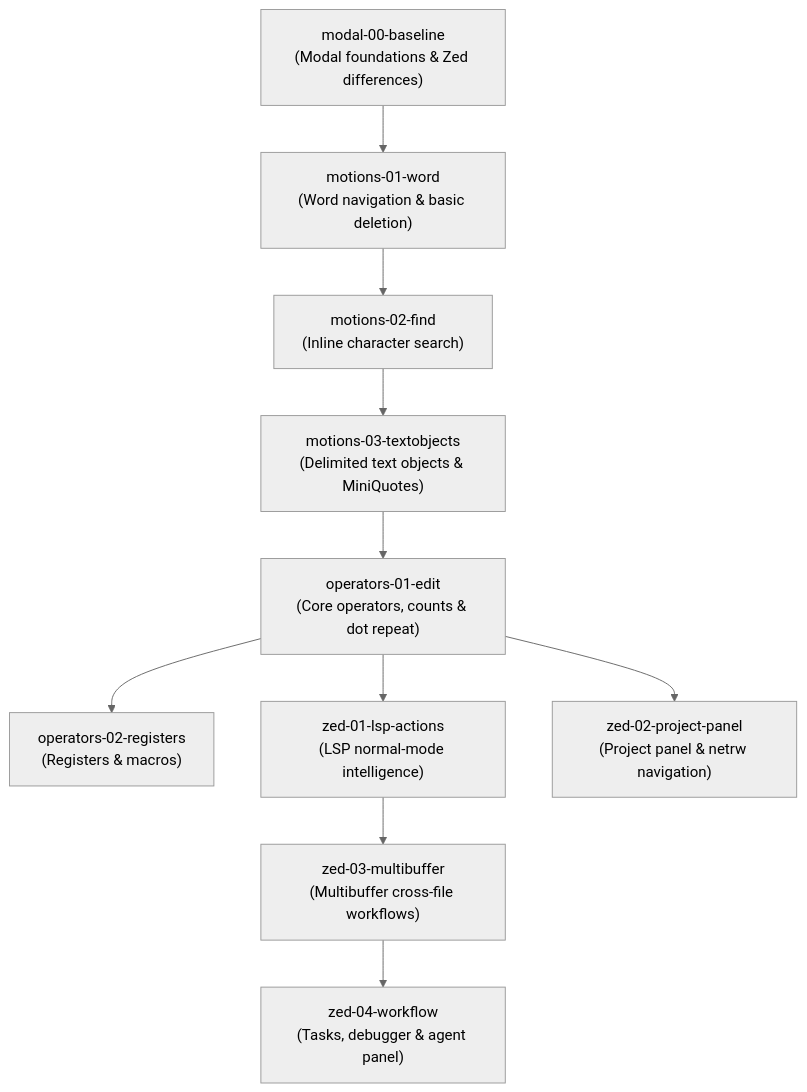
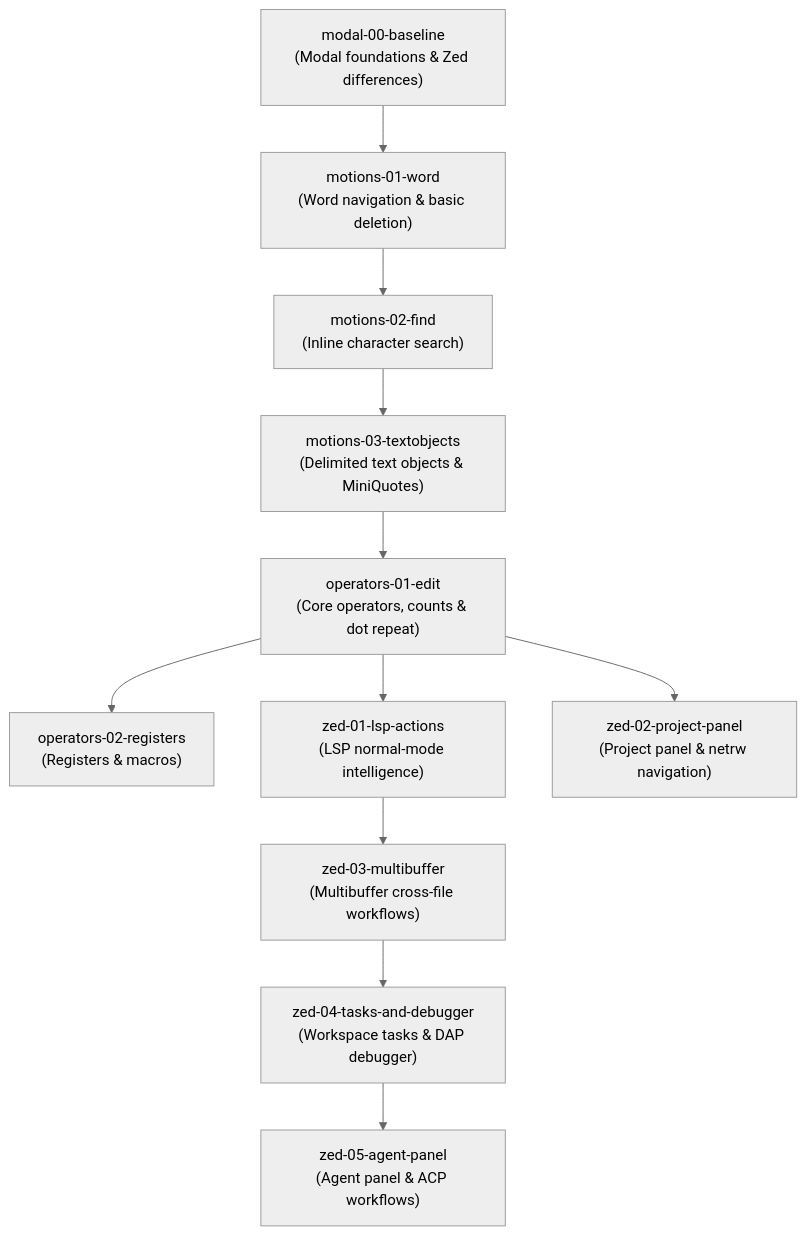
Before and after one commit to trustdan/zedkata: the diagram in docs/curriculum-module-map.md, drawn with Mermaid (neutral theme). The commit also changed other lines of this file and 135 other files, not shown here.

````diff
--- a/docs/curriculum-module-map.md
+++ b/docs/curriculum-module-map.md
@@ -58,12 +59,13 @@
 ```mermaid
 graph TD
     M0["modal-00-baseline<br/>(Modal foundations & Zed differences)"] --> M1["motions-01-word<br/>(Word navigation & basic deletion)"]
     M1 --> M2["motions-02-find<br/>(Inline character search)"]
     M2 --> M3["motions-03-textobjects<br/>(Delimited text objects & MiniQuotes)"]
     M3 --> M4["operators-01-edit<br/>(Core operators, counts & dot repeat)"]
     M4 --> M5["operators-02-registers<br/>(Registers & macros)"]
     M4 --> M6["zed-01-lsp-actions<br/>(LSP normal-mode intelligence)"]
     M4 --> M7["zed-02-project-panel<br/>(Project panel & netrw navigation)"]
     M6 --> M8["zed-03-multibuffer<br/>(Multibuffer cross-file workflows)"]
-    M8 --> M9["zed-04-workflow<br/>(Tasks, debugger & agent panel)"]
+    M8 --> M9["zed-04-tasks-and-debugger<br/>(Workspace tasks & DAP debugger)"]
+    M9 --> M10["zed-05-agent-panel<br/>(Agent panel & ACP workflows)"]
 ```
````
